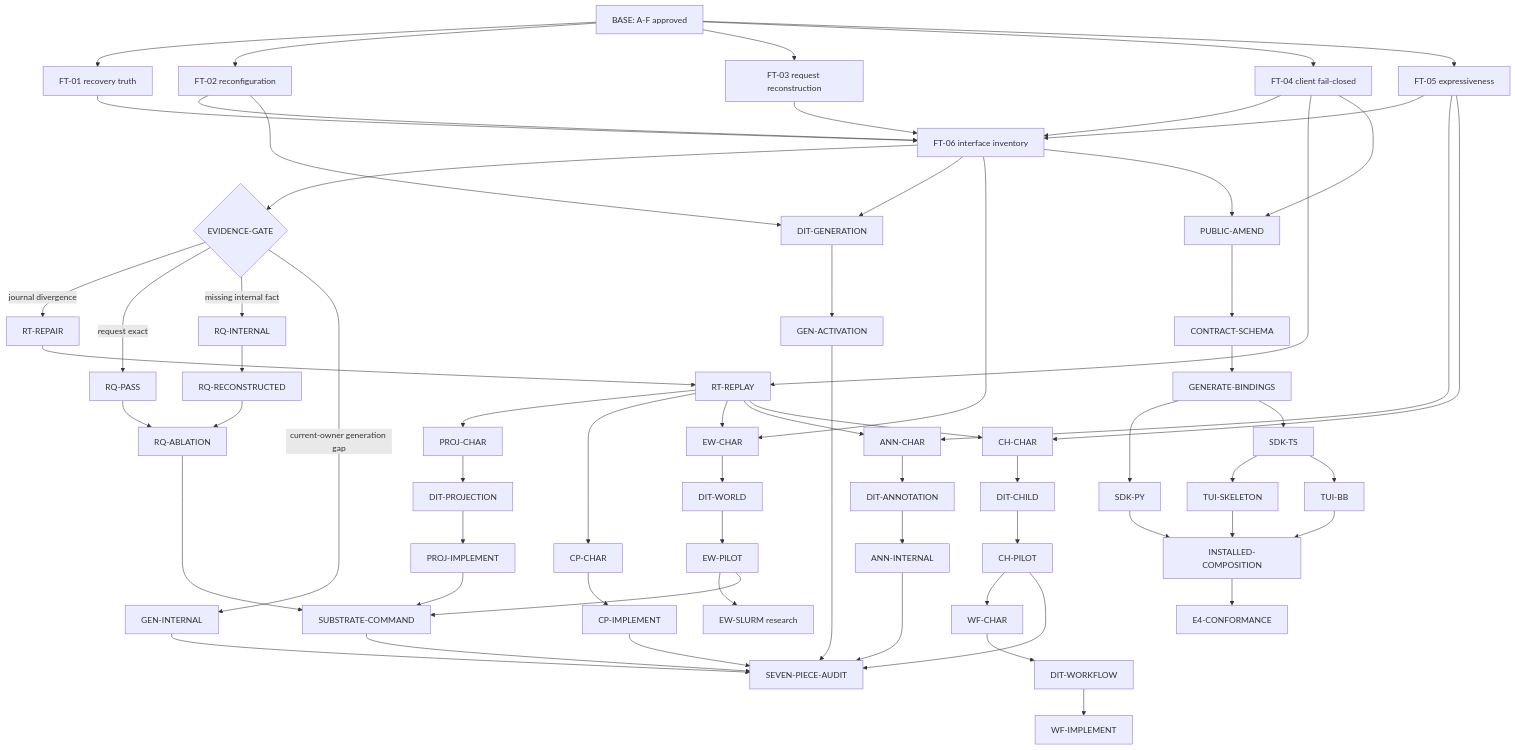
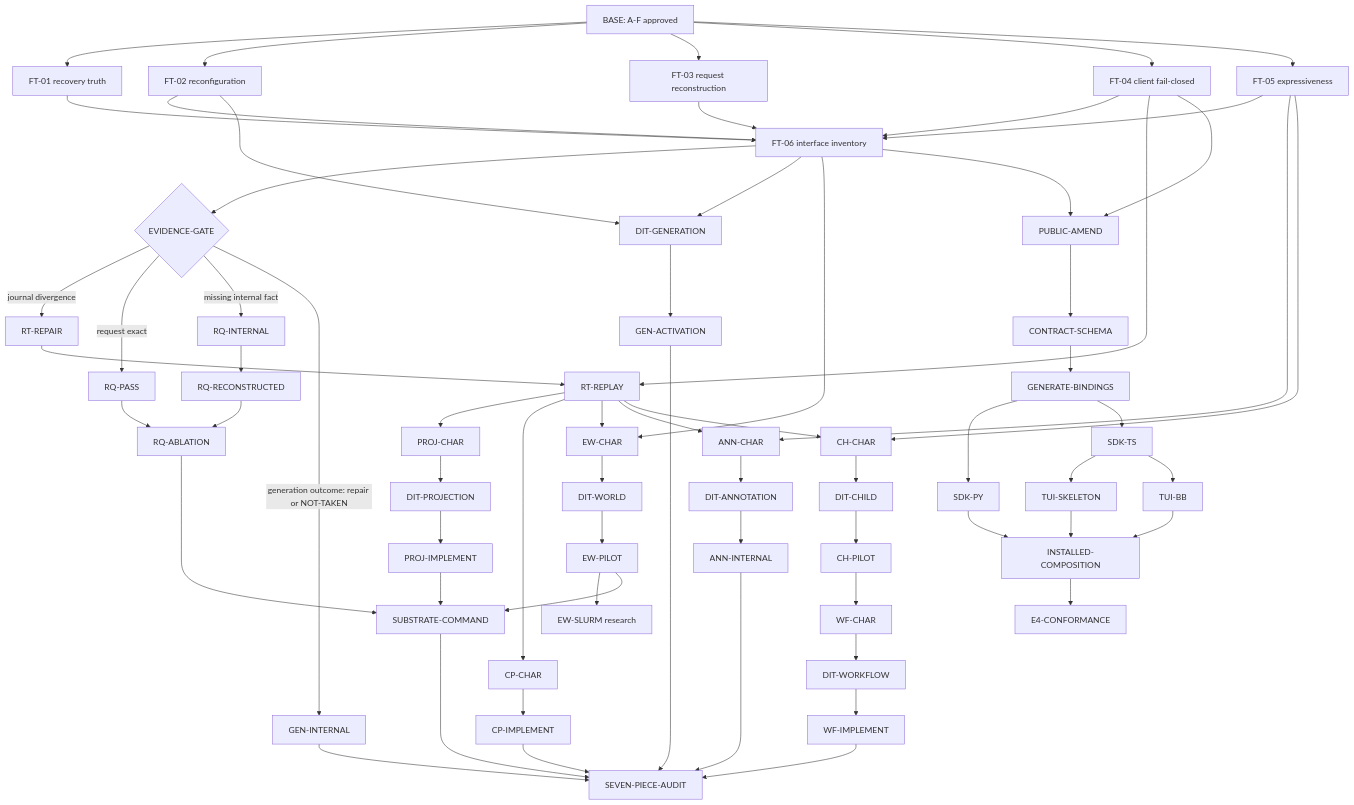
Before and after one commit to kmccleary3301/breadboard: the diagram in docs/plans/dsh_donor_campaign/evidence/06_PROMOTED_WORKSTREAM_DAG.md, drawn with Mermaid. The commit also changed other lines of this file and 4 other files, not shown here.

````diff
--- a/docs/plans/dsh_donor_campaign/evidence/06_PROMOTED_WORKSTREAM_DAG.md
+++ b/docs/plans/dsh_donor_campaign/evidence/06_PROMOTED_WORKSTREAM_DAG.md
@@ -100,76 +100,76 @@
 ```mermaid
 graph TD
   B[BASE: A-F approved] --> F1[FT-01 recovery truth]
   B --> F2[FT-02 reconfiguration]
   B --> F3[FT-03 request reconstruction]
   B --> F4[FT-04 client fail-closed]
   B --> F5[FT-05 expressiveness]
   F1 --> F6[FT-06 interface inventory]
   F2 --> F6
   F3 --> F6
   F4 --> F6
   F5 --> F6
   F6 --> G{EVIDENCE-GATE}
 
   G -->|journal divergence| RR[RT-REPAIR]
   RR --> RP[RT-REPLAY]
   F4 --> RP
   RP --> PC[PROJ-CHAR]
   PC --> DP[DIT-PROJECTION]
   DP --> PI[PROJ-IMPLEMENT]
 
   G -->|request exact| RQP[RQ-PASS]
   G -->|missing internal fact| RQI[RQ-INTERNAL]
   RQI --> RQR[RQ-RECONSTRUCTED]
   RQP --> RQA[RQ-ABLATION]
   RQR --> RQA
 
-  G -->|current-owner generation gap| GI[GEN-INTERNAL]
+  G -->|generation outcome: repair or NOT-TAKEN| GI[GEN-INTERNAL]
   F2 --> DG[DIT-GENERATION]
   F6 --> DG
   DG --> GA[GEN-ACTIVATION]
 
   RP --> CC[CP-CHAR]
   CC --> CI[CP-IMPLEMENT]
   RP --> EC[EW-CHAR]
   F6 --> EC
   EC --> DE[DIT-WORLD]
   DE --> EP[EW-PILOT]
   EP --> ES[EW-SLURM research]
 
   F5 --> AC[ANN-CHAR]
   RP --> AC
   AC --> DA[DIT-ANNOTATION]
   DA --> AI[ANN-INTERNAL]
 
   F5 --> HC[CH-CHAR]
   RP --> HC
   HC --> DH[DIT-CHILD]
   DH --> HP[CH-PILOT]
   HP --> WC[WF-CHAR]
   WC --> DW[DIT-WORKFLOW]
   DW --> WI[WF-IMPLEMENT]
 
   F4 --> PA[PUBLIC-AMEND]
   F6 --> PA
   PA --> CS[CONTRACT-SCHEMA]
   CS --> GB[GENERATE-BINDINGS]
   GB --> PY[SDK-PY]
   GB --> TS[SDK-TS]
   TS --> TU1[TUI-SKELETON]
   TS --> TU2[TUI-BB]
   PY --> IC[INSTALLED-COMPOSITION]
   TU1 --> IC
   TU2 --> IC
   IC --> E4[E4-CONFORMANCE]
 
   RQA --> SC[SUBSTRATE-COMMAND]
   PI --> SC
   EP --> SC
   SC --> SA[SEVEN-PIECE-AUDIT]
   AI --> SA
-  HP --> SA
+  WI --> SA
   CI --> SA
   GI --> SA
   GA --> SA
 ```
````
